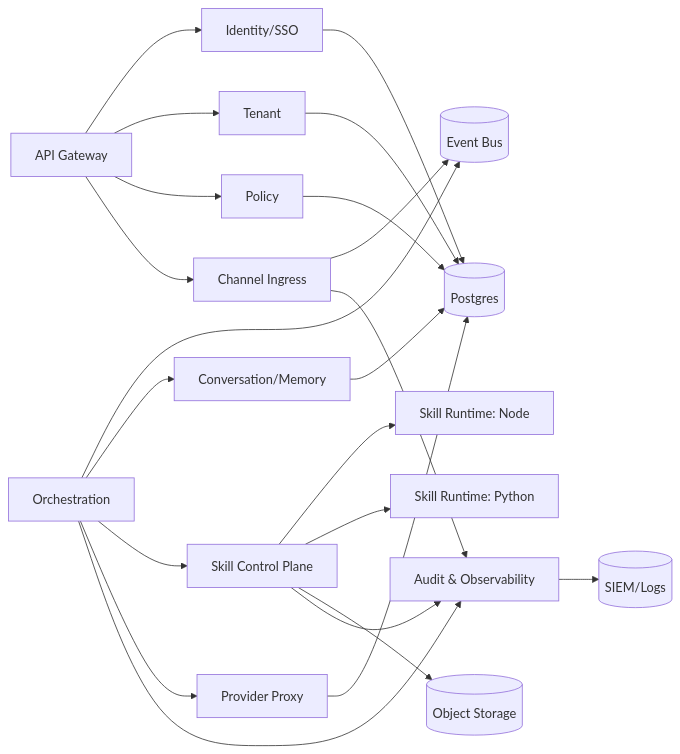
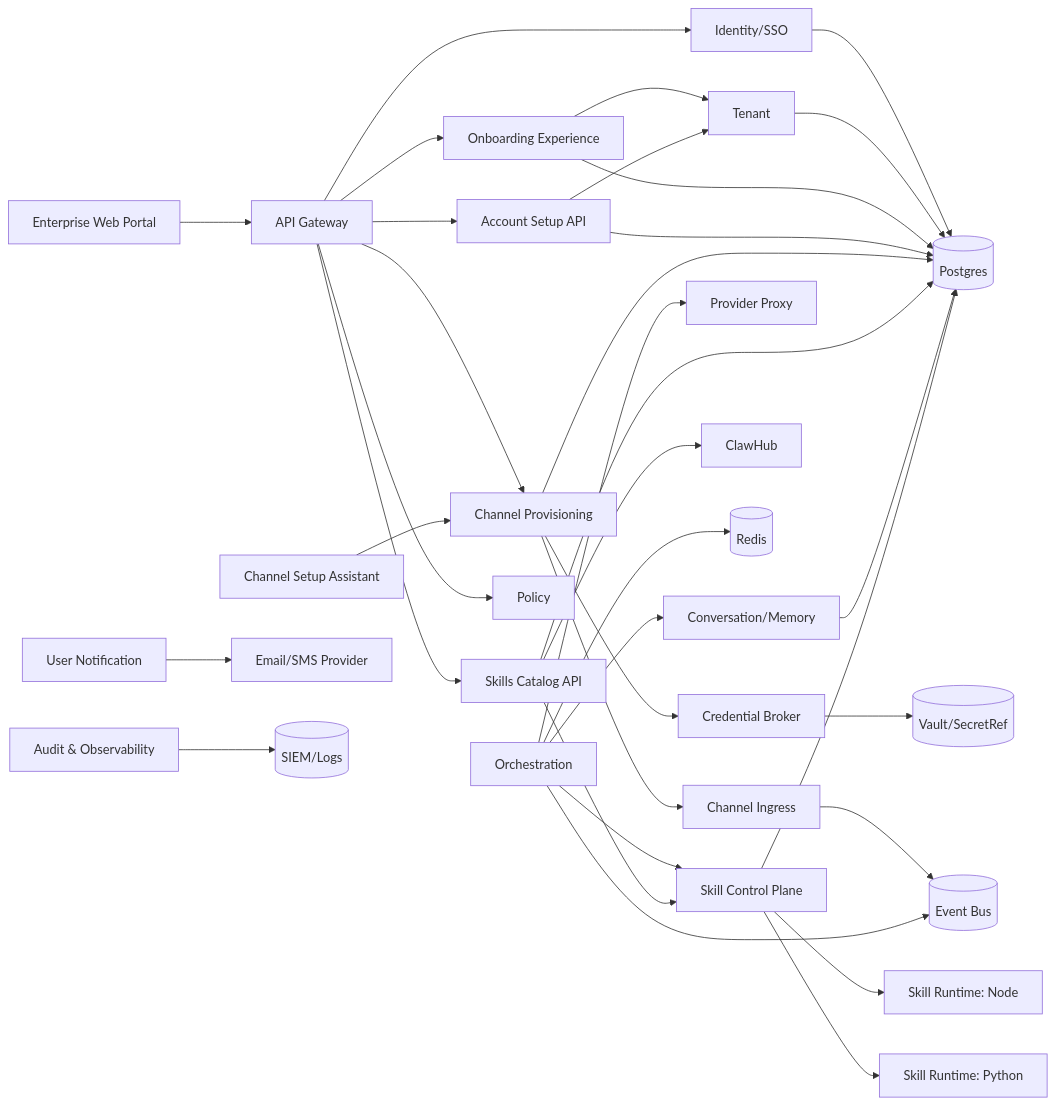
Before and after one commit to likaho/openclaw: the second of 8 diagrams in docs/design/enterprise-microservices.md, drawn with Mermaid. The commit also changed other lines of this file and 32 other files, not shown here.

Commit message:
UX: implement milestones 10-16 enterprise onboarding expansion

````diff
--- a/docs/design/enterprise-microservices.md
+++ b/docs/design/enterprise-microservices.md
@@ -70,24 +96,42 @@
 ```mermaid
 flowchart LR
-  Edge[API Gateway] --> Identity[Identity/SSO]
-  Edge --> Tenant[Tenant]
+  WebPortal[Enterprise Web Portal] --> Edge[API Gateway]
+  Edge --> Identity[Identity/SSO]
+  Edge --> Onboarding[Onboarding Experience]
+  Edge --> AccountSetup[Account Setup API]
+  Edge --> ChannelProvision[Channel Provisioning]
+  Edge --> SkillsCatalog[Skills Catalog API]
+
+  Onboarding --> Tenant[Tenant]
+  AccountSetup --> Tenant
   Edge --> Policy[Policy]
-  Edge --> ChannelIngress[Channel Ingress]
+
+  ChannelAssistant[Channel Setup Assistant] --> ChannelProvision
+  ChannelProvision --> CredentialBroker[Credential Broker]
+  ChannelProvision --> ChannelIngress[Channel Ingress]
   ChannelIngress --> Bus[(Event Bus)]
+
   Orchestrator[Orchestration] --> Bus
   Orchestrator --> Conversation[Conversation/Memory]
+  Orchestrator --> ProviderProxy[Provider Proxy]
   Orchestrator --> SkillControl[Skill Control Plane]
-  Orchestrator --> ProviderProxy[Provider Proxy]
+
+  SkillsCatalog --> SkillControl
+  SkillsCatalog --> Clawhub[ClawHub]
   SkillControl --> SkillNode[Skill Runtime: Node]
   SkillControl --> SkillPython[Skill Runtime: Python]
-  Conversation --> Postgres[(Postgres)]
-  SkillControl --> ObjectStore[(Object Storage)]
-  Identity --> Postgres
+
+  Notification[User Notification] --> Mail[Email/SMS Provider]
+  Audit[Audit & Observability] --> SIEM[(SIEM/Logs)]
+
+  Identity --> Postgres[(Postgres)]
   Tenant --> Postgres
-  Policy --> Postgres
-  ProviderProxy --> Postgres
-  Audit[Audit & Observability] --> SIEM[(SIEM/Logs)]
-  Orchestrator --> Audit
-  ChannelIngress --> Audit
-  SkillControl --> Audit
+  Onboarding --> Postgres
+  AccountSetup --> Postgres
+  ChannelProvision --> Postgres
+  SkillsCatalog --> Postgres
+  Conversation --> Postgres
+  SkillControl --> Postgres
+  CredentialBroker --> Vault[(Vault/SecretRef)]
+  Orchestrator --> Redis[(Redis)]
 ```
````
